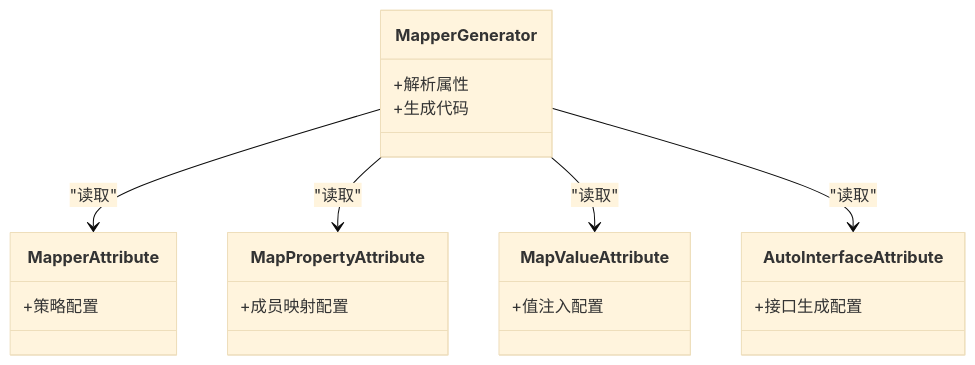
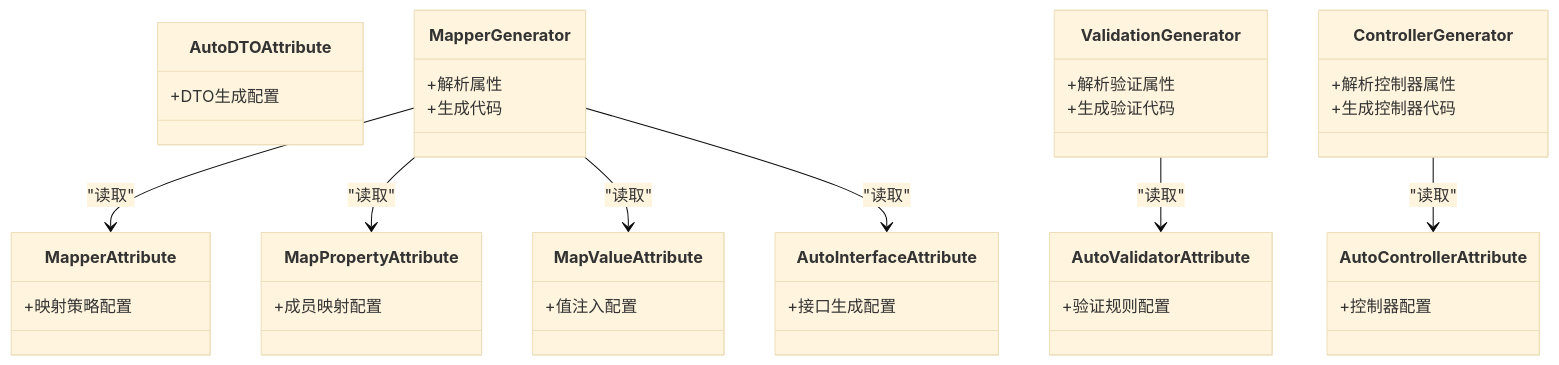
Before and after one commit to alivy/AutoCode: the third of 3 diagrams in .qoder/repowiki/zh/content/核心概念/属性系统.md, drawn with Mermaid (base theme). The commit also changed other lines of this file and 38 other files, not shown here.

````diff
--- a/.qoder/repowiki/zh/content/核心概念/属性系统.md
+++ b/.qoder/repowiki/zh/content/核心概念/属性系统.md
@@ -195,23 +252,42 @@
 ```mermaid
 classDiagram
+class AutoDTOAttribute {
++DTO生成配置
+}
+class AutoValidatorAttribute {
++验证规则配置
+}
+class AutoControllerAttribute {
++控制器配置
+}
 class MapperAttribute {
-+策略配置
++映射策略配置
 }
 class MapPropertyAttribute {
 +成员映射配置
 }
 class MapValueAttribute {
 +值注入配置
 }
 class AutoInterfaceAttribute {
 +接口生成配置
 }
 class MapperGenerator {
 +解析属性
 +生成代码
 }
+class ValidationGenerator {
++解析验证属性
++生成验证代码
+}
+class ControllerGenerator {
++解析控制器属性
++生成控制器代码
+}
 MapperGenerator --> MapperAttribute : "读取"
 MapperGenerator --> MapPropertyAttribute : "读取"
 MapperGenerator --> MapValueAttribute : "读取"
 MapperGenerator --> AutoInterfaceAttribute : "读取"
+ValidationGenerator --> AutoValidatorAttribute : "读取"
+ControllerGenerator --> AutoControllerAttribute : "读取"
 ```
````
